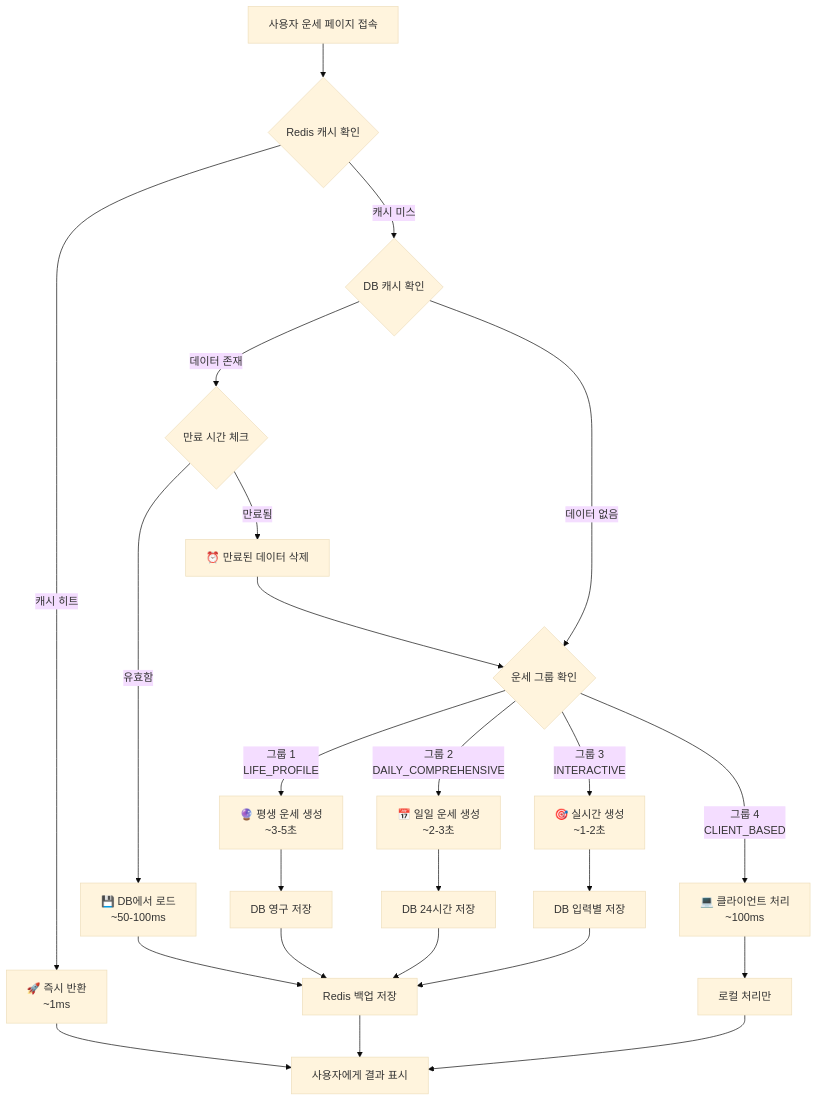
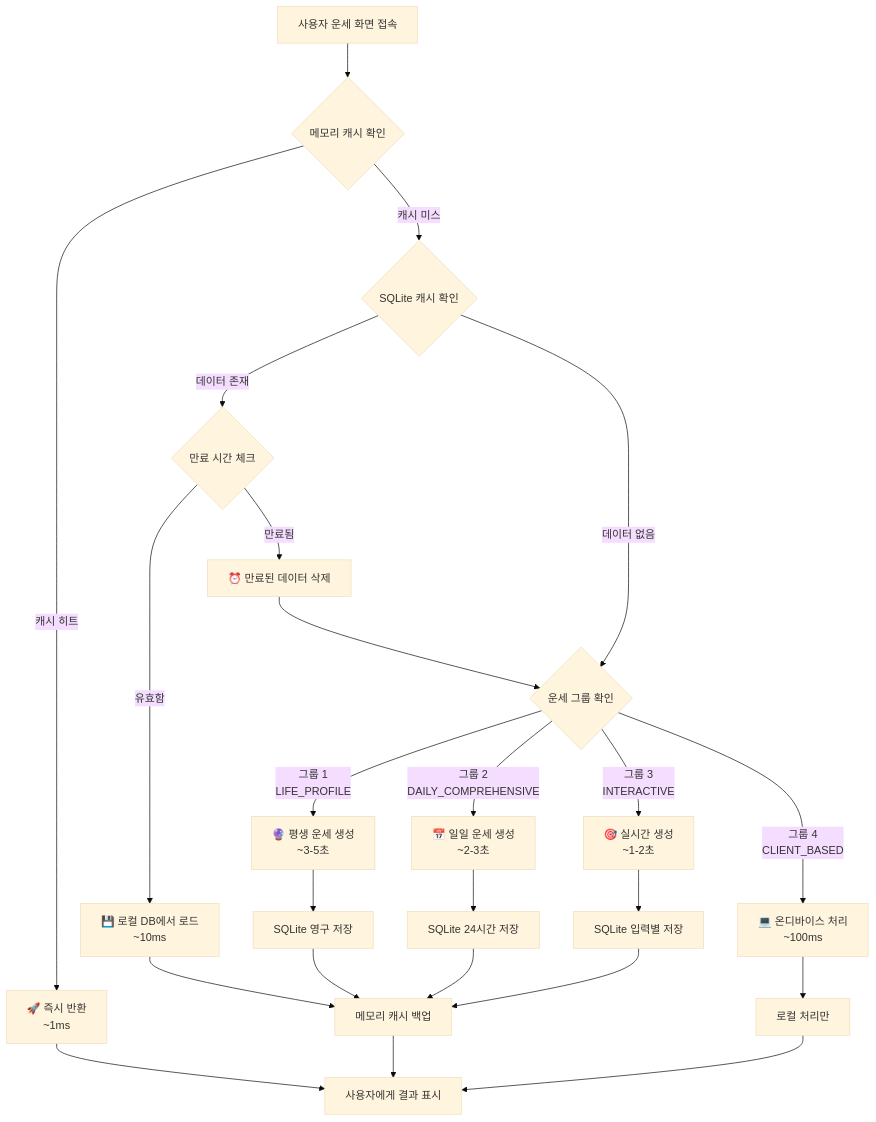
One commit to injooinjoo/fortune changed the diagram in README.md. Above: the diagram before and after it, drawn with Mermaid (base theme). The commit also changed other lines of this file and 642 other files, not shown here.

````diff
--- a/README.md
+++ b/README.md
@@ -579,32 +441,32 @@
 ```mermaid
 flowchart TD
-    A[사용자 운세 페이지 접속] --> B{Redis 캐시 확인}
+    A[사용자 운세 화면 접속] --> B{메모리 캐시 확인}
     B -->|캐시 히트| C[🚀 즉시 반환<br/>~1ms]
-    B -->|캐시 미스| D{DB 캐시 확인}
+    B -->|캐시 미스| D{SQLite 캐시 확인}
     
     D -->|데이터 존재| E{만료 시간 체크}
-    E -->|유효함| F[💾 DB에서 로드<br/>~50-100ms]
+    E -->|유효함| F[💾 로컬 DB에서 로드<br/>~10ms]
     E -->|만료됨| G[⏰ 만료된 데이터 삭제]
     
     D -->|데이터 없음| H{운세 그룹 확인}
     G --> H
     
     H -->|그룹 1<br/>LIFE_PROFILE| I[🔮 평생 운세 생성<br/>~3-5초]
     H -->|그룹 2<br/>DAILY_COMPREHENSIVE| J[📅 일일 운세 생성<br/>~2-3초]
     H -->|그룹 3<br/>INTERACTIVE| K[🎯 실시간 생성<br/>~1-2초]
-    H -->|그룹 4<br/>CLIENT_BASED| L[💻 클라이언트 처리<br/>~100ms]
+    H -->|그룹 4<br/>CLIENT_BASED| L[💻 온디바이스 처리<br/>~100ms]
     
-    I --> M[DB 영구 저장]
-    J --> N[DB 24시간 저장]
-    K --> O[DB 입력별 저장]
+    I --> M[SQLite 영구 저장]
+    J --> N[SQLite 24시간 저장]
+    K --> O[SQLite 입력별 저장]
     L --> P[로컬 처리만]
     
-    F --> Q[Redis 백업 저장]
+    F --> Q[메모리 캐시 백업]
     M --> Q
     N --> Q
     O --> Q
     
     C --> R[사용자에게 결과 표시]
     Q --> R
     P --> R
 ```
````
